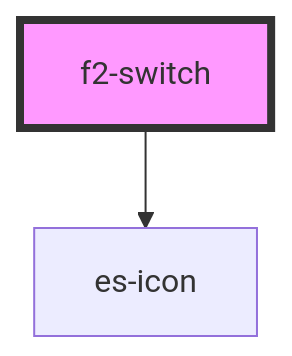
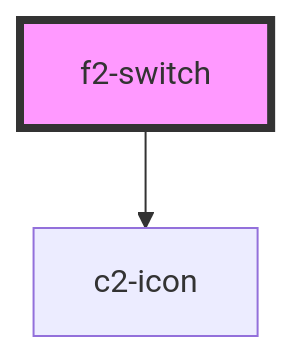
The diagram in packages/fields/src/components/switch/readme.md (EventStore/Design-System), drawn with Mermaid before and after one commit. The commit also changed other lines of this file and 512 other files, not shown here.

````diff
--- a/packages/fields/src/components/switch/readme.md
+++ b/packages/fields/src/components/switch/readme.md
@@ -91,5 +91,5 @@
 ```mermaid
 graph TD;
-  f2-switch --> es-icon
+  f2-switch --> c2-icon
   style f2-switch fill:#f9f,stroke:#333,stroke-width:4px
 ```
````
